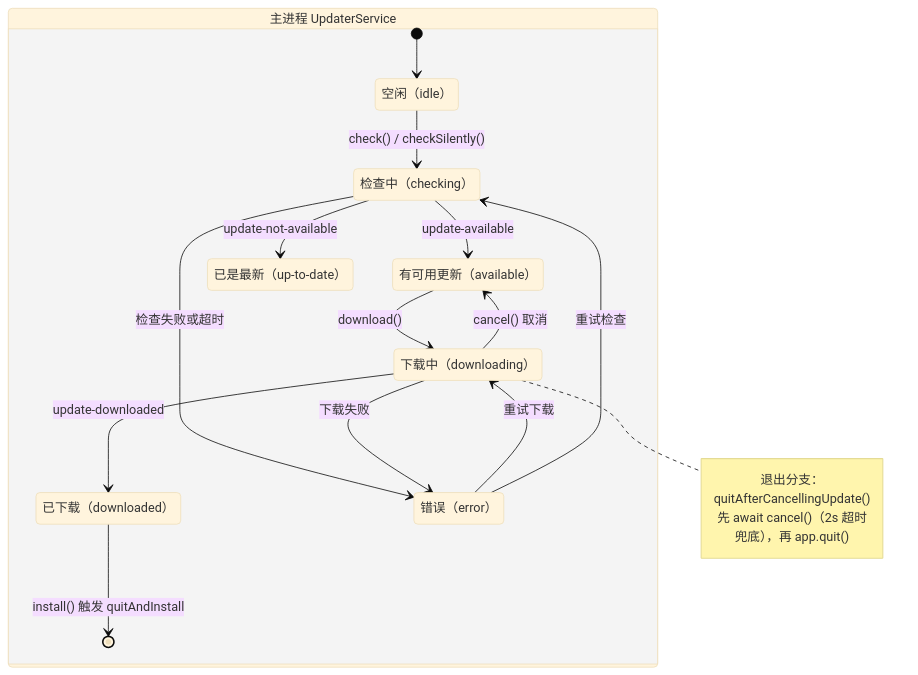
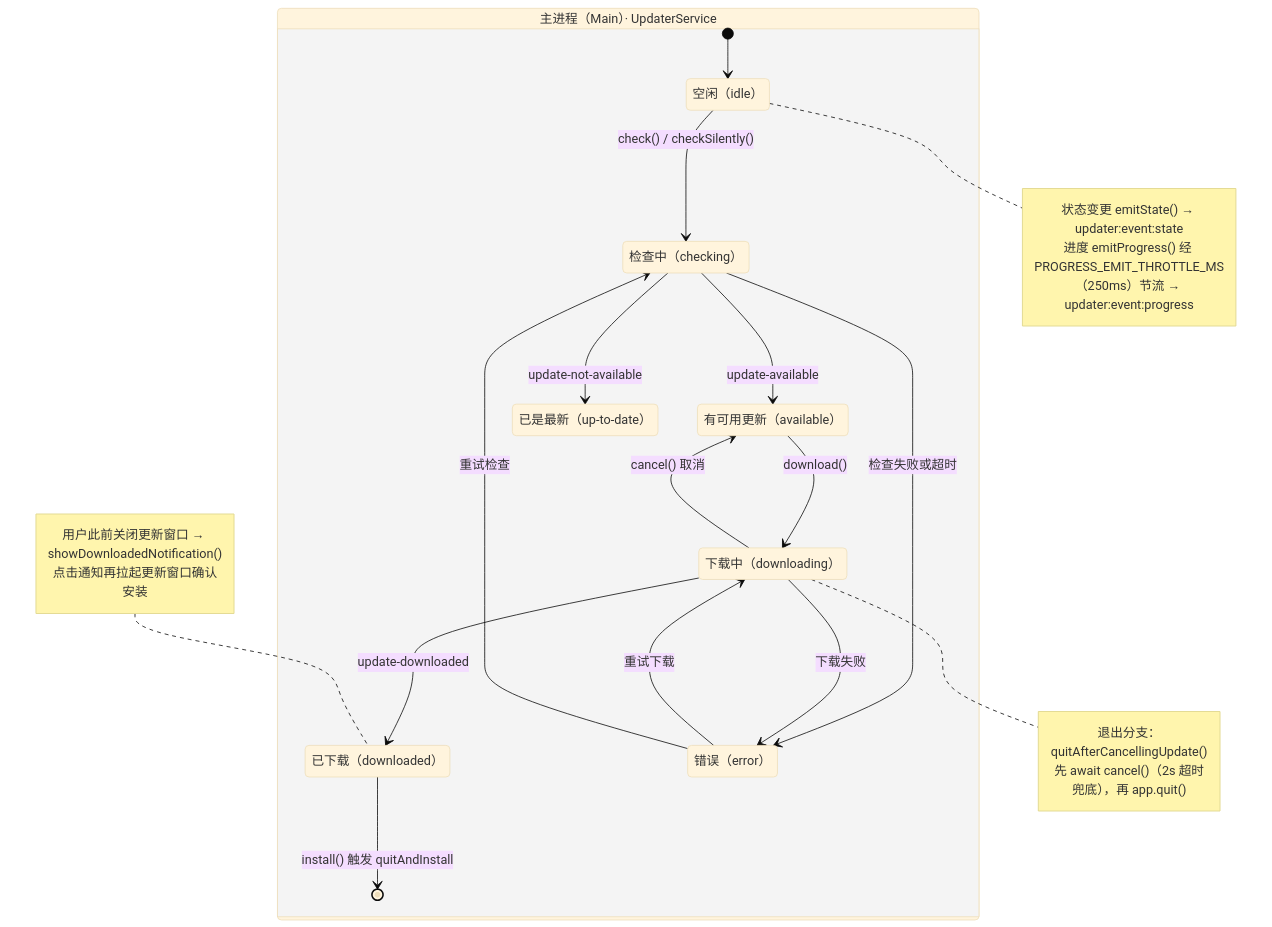
The diagram in packages/docs/src/pages/delivery/auto-update.md (BanShan-Alec/electron-react-monorepo-template), drawn with Mermaid (base theme) before and after one commit. The commit also changed other lines of this file and 45 other files, not shown here.

Commit message:
feat(docs): 重构 mermaid 图预览与放大交互，统一文档写作规范 (#77)

````diff
--- a/packages/docs/src/pages/delivery/auto-update.md
+++ b/packages/docs/src/pages/delivery/auto-update.md
@@ -21,30 +21,38 @@
 ```mermaid
 stateDiagram-v2
-    state "主进程 UpdaterService" as MainProcess {
+    state "主进程（Main）· UpdaterService" as MainProcess {
         state "空闲（idle）" as idle
         state "检查中（checking）" as checking
         state "有可用更新（available）" as available
         state "下载中（downloading）" as downloading
         state "已下载（downloaded）" as downloaded
         state "已是最新（up-to-date）" as upToDate
         state "错误（error）" as error
 
         [*] --> idle
         idle --> checking: check() / checkSilently()
         checking --> available: update-available
         checking --> upToDate: update-not-available
         checking --> error: 检查失败或超时
         available --> downloading: download()
         downloading --> downloaded: update-downloaded
         downloading --> available: cancel() 取消
         downloading --> error: 下载失败
         error --> downloading: 重试下载
         error --> checking: 重试检查
         downloaded --> [*]: install() 触发 quitAndInstall
 
+        note right of idle
+            状态变更 emitState() → updater:event:state
+            进度 emitProgress() 经 PROGRESS_EMIT_THROTTLE_MS（250ms）节流 → updater:event:progress
+        end note
         note right of downloading
             退出分支：quitAfterCancellingUpdate()
             先 await cancel()（2s 超时兜底），再 app.quit()
         end note
+        note left of downloaded
+            用户此前关闭更新窗口 → showDownloadedNotification()
+            点击通知再拉起更新窗口确认安装
+        end note
     }
 ```
````
